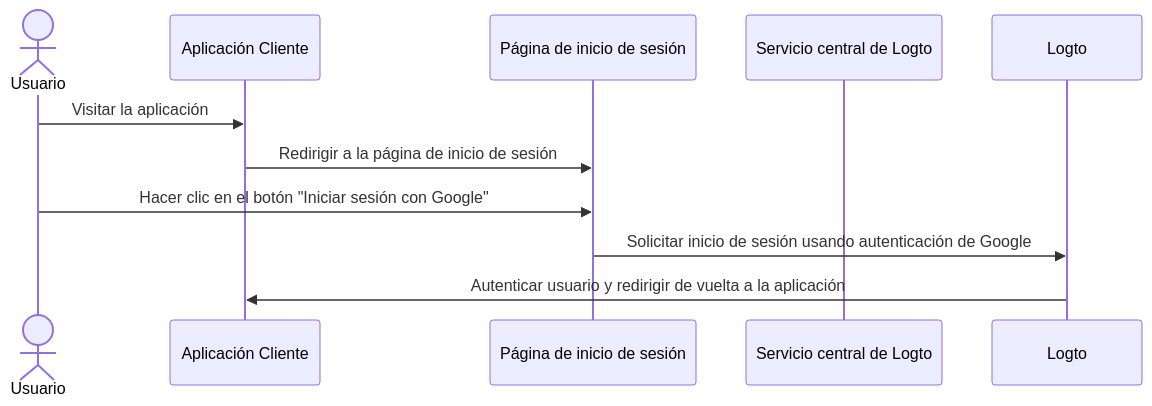
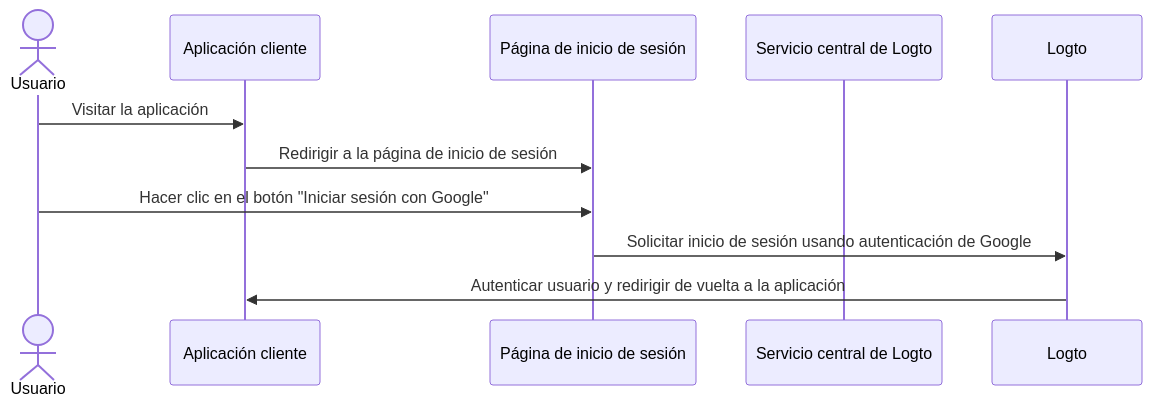
One commit to logto-io/docs changed the second of 6 diagrams in i18n/es/docusaurus-plugin-content-docs/current/end-user-flows/sign-up-and-sign-in/social-sign-in.mdx. Above: the diagram before and after it, drawn with Mermaid. The commit also changed other lines of this file and 407 other files, not shown here.

````diff
--- a/i18n/es/docusaurus-plugin-content-docs/current/end-user-flows/sign-up-and-sign-in/social-sign-in.mdx
+++ b/i18n/es/docusaurus-plugin-content-docs/current/end-user-flows/sign-up-and-sign-in/social-sign-in.mdx
@@ -72,13 +72,13 @@
 ```mermaid
 sequenceDiagram
 actor user as Usuario
-    participant app as Aplicación Cliente
+    participant app as Aplicación cliente
     participant experience as Página de inicio de sesión
     participant logto as Servicio central de Logto
 
     user->>app: Visitar la aplicación
     app->>experience: Redirigir a la página de inicio de sesión
     user->>experience: Hacer clic en el botón "Iniciar sesión con Google"
     experience->>Logto: Solicitar inicio de sesión usando autenticación de Google
     Logto->>app: Autenticar usuario y redirigir de vuelta a la aplicación
 ```
````
